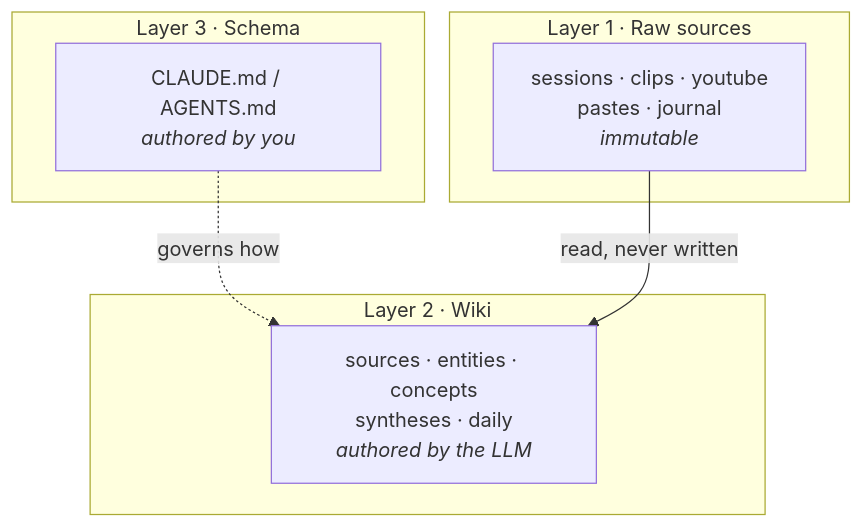
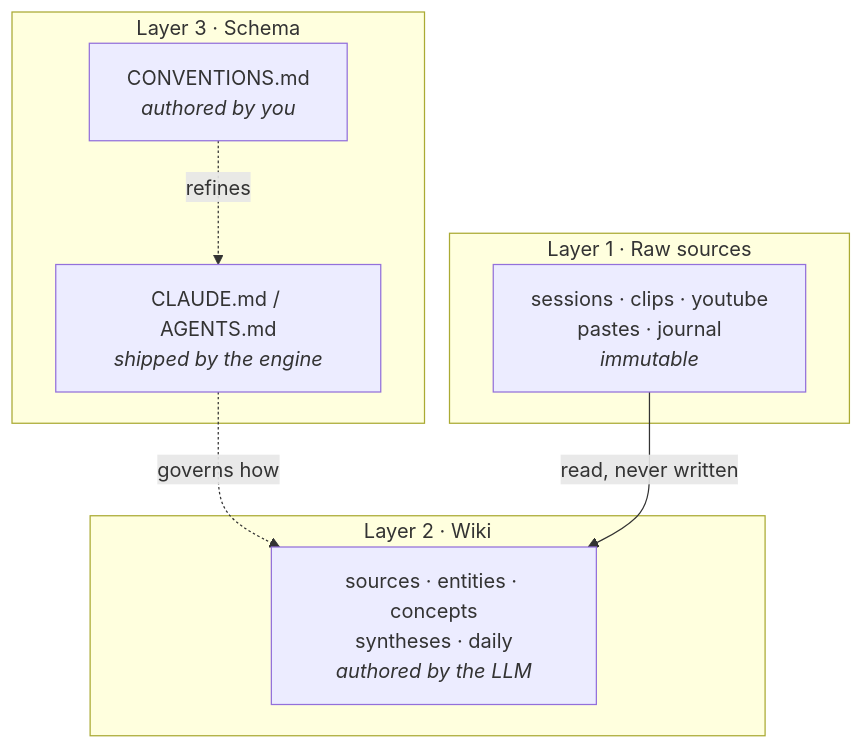
The first of 4 diagrams in docs/architecture.md (bmxcode/crate-wiki), drawn with Mermaid before and after one commit. The commit also changed other lines of this file and 11 other files, not shown here.

````diff
--- a/docs/architecture.md
+++ b/docs/architecture.md
@@ -9,14 +9,16 @@
 ```mermaid
 flowchart TB
     subgraph L3["Layer 3 · Schema"]
-        S["CLAUDE.md / AGENTS.md<br/><i>authored by you</i>"]
+        S["CLAUDE.md / AGENTS.md<br/><i>shipped by the engine</i>"]
+        C["CONVENTIONS.md<br/><i>authored by you</i>"]
     end
     subgraph L2["Layer 2 · Wiki"]
         W["sources · entities · concepts<br/>syntheses · daily<br/><i>authored by the LLM</i>"]
     end
     subgraph L1["Layer 1 · Raw sources"]
         R["sessions · clips · youtube<br/>pastes · journal<br/><i>immutable</i>"]
     end
     S -.->|"governs how"| W
+    C -.->|"refines"| S
     R -->|"read, never written"| W
 ```
````
